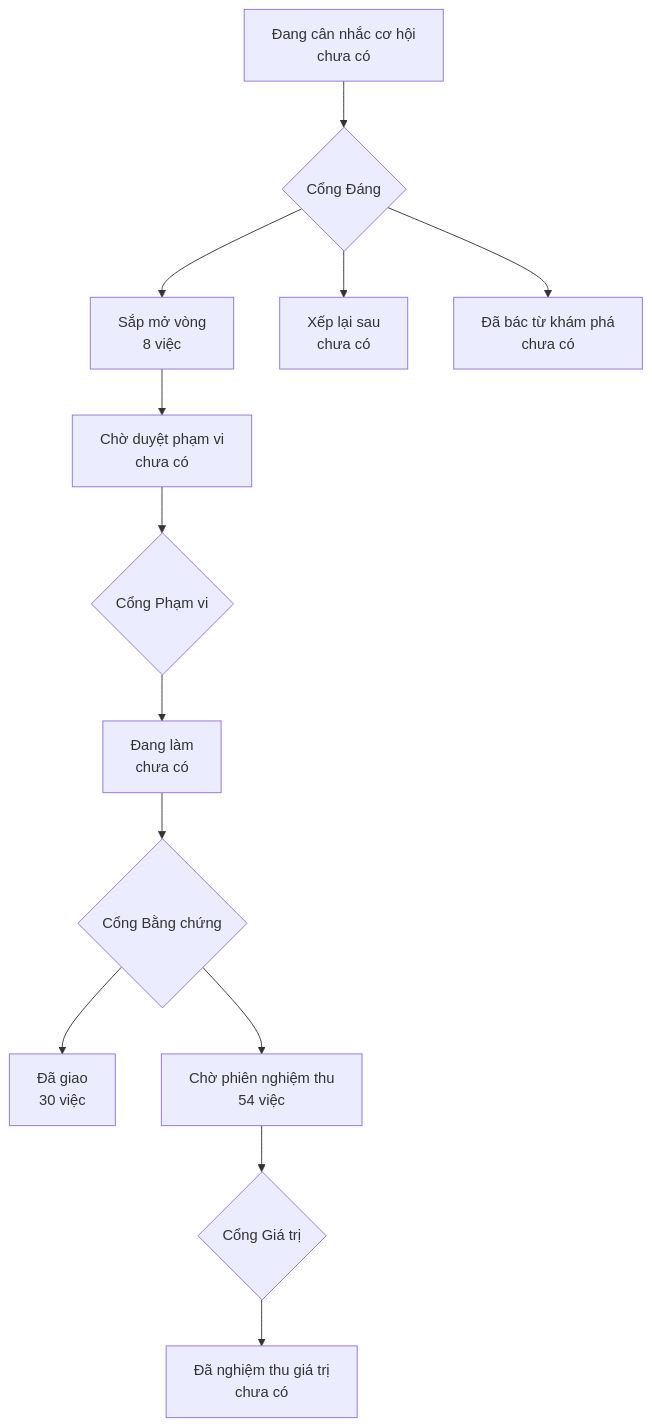
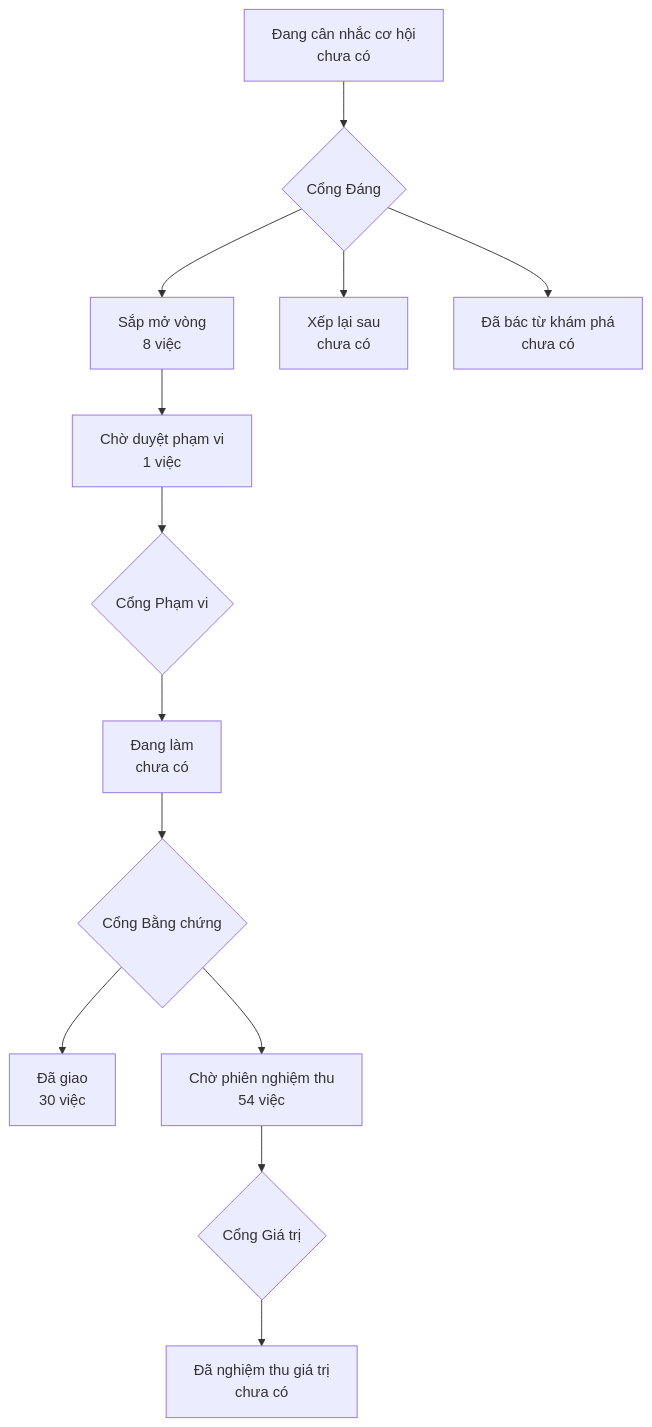
One commit to phanlemanh/onehub-inventory changed the diagram in PRODUCT-MAP.md. Above: the diagram before and after it, drawn with Mermaid. The commit also changed other lines of this file and 22 other files, not shown here.

````diff
--- a/PRODUCT-MAP.md
+++ b/PRODUCT-MAP.md
@@ -7,12 +7,12 @@
 ```mermaid
 flowchart TD
   A["Đang cân nhắc cơ hội<br/>chưa có"] --> GD{"Cổng Đáng"}
   GD --> B["Sắp mở vòng<br/>8 việc"]
   GD --> XL["Xếp lại sau<br/>chưa có"]
   GD --> DB["Đã bác từ khám phá<br/>chưa có"]
-  B --> CD["Chờ duyệt phạm vi<br/>chưa có"] --> GP{"Cổng Phạm vi"}
+  B --> CD["Chờ duyệt phạm vi<br/>1 việc"] --> GP{"Cổng Phạm vi"}
   GP --> DL["Đang làm<br/>chưa có"] --> GB{"Cổng Bằng chứng"}
   GB --> DG["Đã giao<br/>30 việc"]
   GB --> CN["Chờ phiên nghiệm thu<br/>54 việc"] --> GG{"Cổng Giá trị"}
   GG --> NT["Đã nghiệm thu giá trị<br/>chưa có"]
 ```
````
